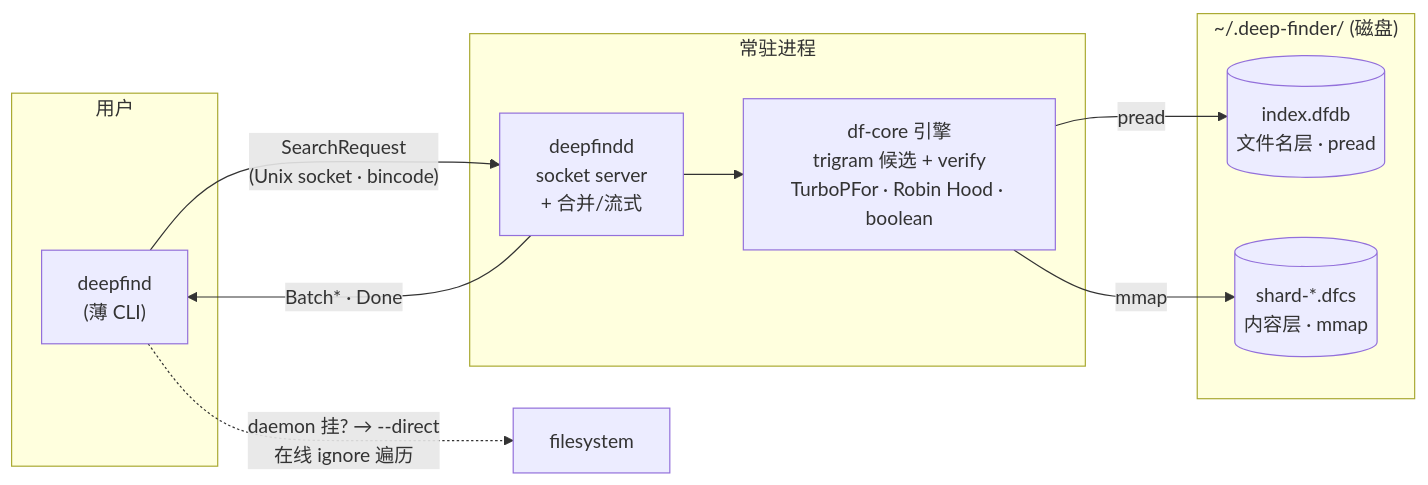
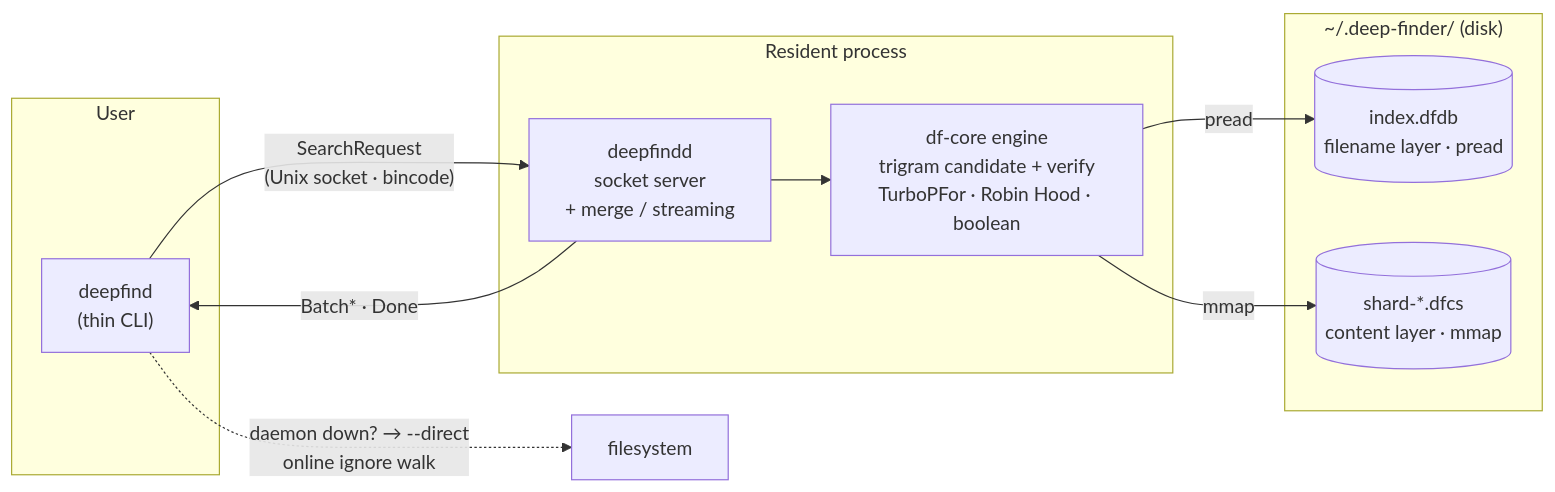
One commit to nadav-cheung/DeepFinder changed the first of 5 diagrams in docs/architecture.md. Above: the diagram before and after it, drawn with Mermaid. The commit also changed other lines of this file and 3 other files, not shown here.

First line of the commit message:
docs: rewrite architecture/decisions/perf-baseline/tech-selection to English + OSS-standard formats

````diff
--- a/docs/architecture.md
+++ b/docs/architecture.md
@@ -32,20 +32,20 @@
 ```mermaid
 flowchart LR
-    subgraph User["用户"]
-        C["deepfind<br/>(薄 CLI)"]
+    subgraph User["User"]
+        C["deepfind<br/>(thin CLI)"]
     end
-    subgraph Daemon["常驻进程"]
-        D["deepfindd<br/>socket server<br/>+ 合并/流式"]
-        ENG["df-core 引擎<br/>trigram 候选 + verify<br/>TurboPFor · Robin Hood · boolean"]
+    subgraph Daemon["Resident process"]
+        D["deepfindd<br/>socket server<br/>+ merge / streaming"]
+        ENG["df-core engine<br/>trigram candidate + verify<br/>TurboPFor · Robin Hood · boolean"]
     end
-    subgraph Store["~/.deep-finder/ (磁盘)"]
-        FN[("index.dfdb<br/>文件名层 · pread")]
-        SH[("shard-*.dfcs<br/>内容层 · mmap")]
+    subgraph Store["~/.deep-finder/ (disk)"]
+        FN[("index.dfdb<br/>filename layer · pread")]
+        SH[("shard-*.dfcs<br/>content layer · mmap")]
     end
     C -->|"SearchRequest<br/>(Unix socket · bincode)"| D
     D --> ENG
     ENG -->|"pread"| FN
     ENG -->|"mmap"| SH
     D -->|"Batch* · Done"| C
-    C -.->|"daemon 挂? → --direct<br/>在线 ignore 遍历"| FS["filesystem"]
+    C -.->|"daemon down? → --direct<br/>online ignore walk"| FS["filesystem"]
 ```
````
